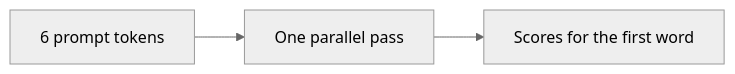
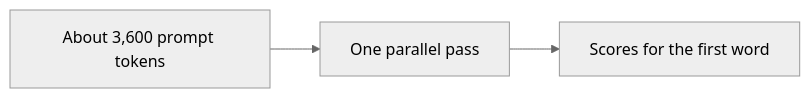
One commit to aakashagg123/gatsby changed the fourth of 11 diagrams in explainers/inside-one-llm-request.md. Above: the diagram before and after it, drawn with Mermaid (neutral theme). The commit also changed other lines of this file and 25 other files, not shown here.

First line of the commit message:
Fix the first fact-check pass on the 16 explainers (fact-check pending)

````diff
--- a/explainers/inside-one-llm-request.md
+++ b/explainers/inside-one-llm-request.md
@@ -68,4 +70,4 @@
 ```mermaid
 flowchart LR
-  A["6 prompt tokens"] --> B["One parallel pass"] --> C["Scores for the first word"]
+  A["About 3,600 prompt tokens"] --> B["One parallel pass"] --> C["Scores for the first word"]
 ```
````
